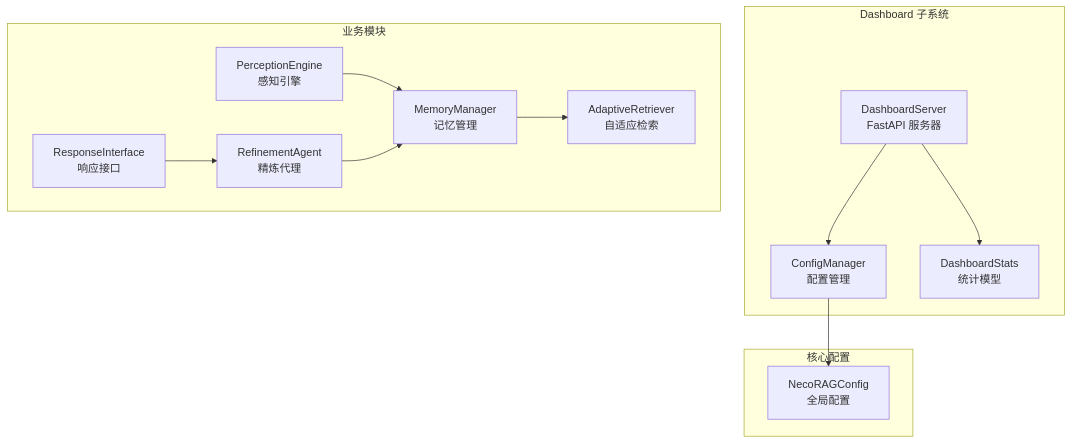
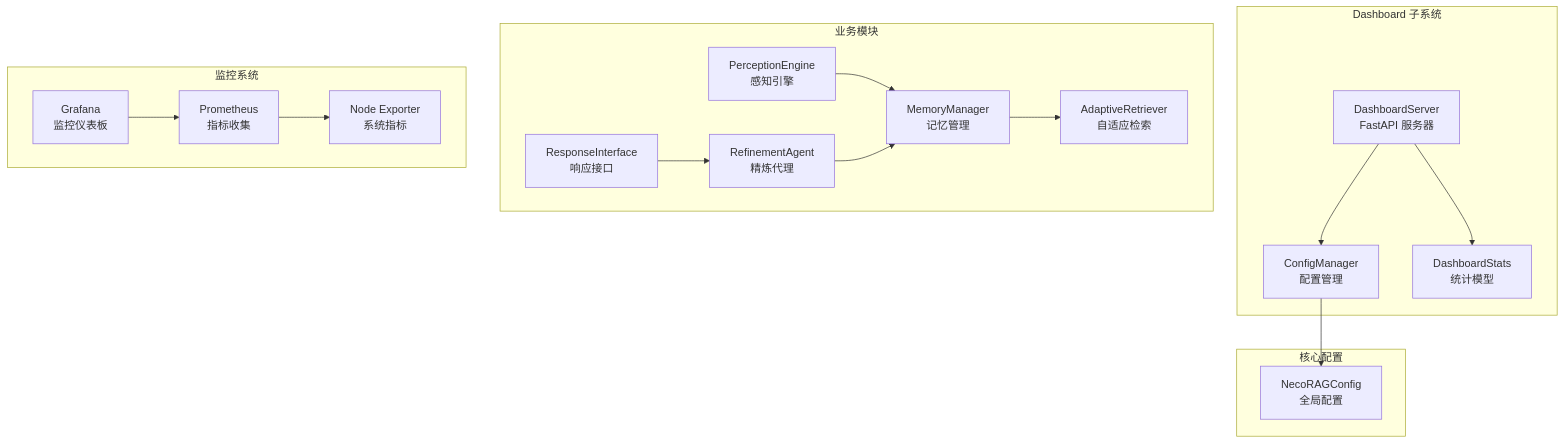
One commit to JieGaoPrinceton/NecoRAG changed the first of 6 diagrams in .qoder/repowiki/zh/content/部署与运维/监控与日志管理.md. Above: the diagram before and after it, drawn with Mermaid. The commit also changed other lines of this file and 20 other files, not shown here.

````diff
--- a/.qoder/repowiki/zh/content/部署与运维/监控与日志管理.md
+++ b/.qoder/repowiki/zh/content/部署与运维/监控与日志管理.md
@@ -45,25 +57,32 @@
 ```mermaid
 graph TB
 subgraph "Dashboard 子系统"
 DS["DashboardServer<br/>FastAPI 服务器"]
 CM["ConfigManager<br/>配置管理"]
 DM["DashboardStats<br/>统计模型"]
 end
 subgraph "核心配置"
 NC["NecoRAGConfig<br/>全局配置"]
 end
 subgraph "业务模块"
 MEM["MemoryManager<br/>记忆管理"]
 RET["AdaptiveRetriever<br/>自适应检索"]
 PER["PerceptionEngine<br/>感知引擎"]
 REF["RefinementAgent<br/>精炼代理"]
 RES["ResponseInterface<br/>响应接口"]
 end
+subgraph "监控系统"
+GF["Grafana<br/>监控仪表板"]
+PROM["Prometheus<br/>指标收集"]
+NODE["Node Exporter<br/>系统指标"]
+end
 DS --> CM
 DS --> DM
 CM --> NC
 MEM --> RET
 PER --> MEM
 REF --> MEM
 RES --> REF
+GF --> PROM
+PROM --> NODE
 ```
````
